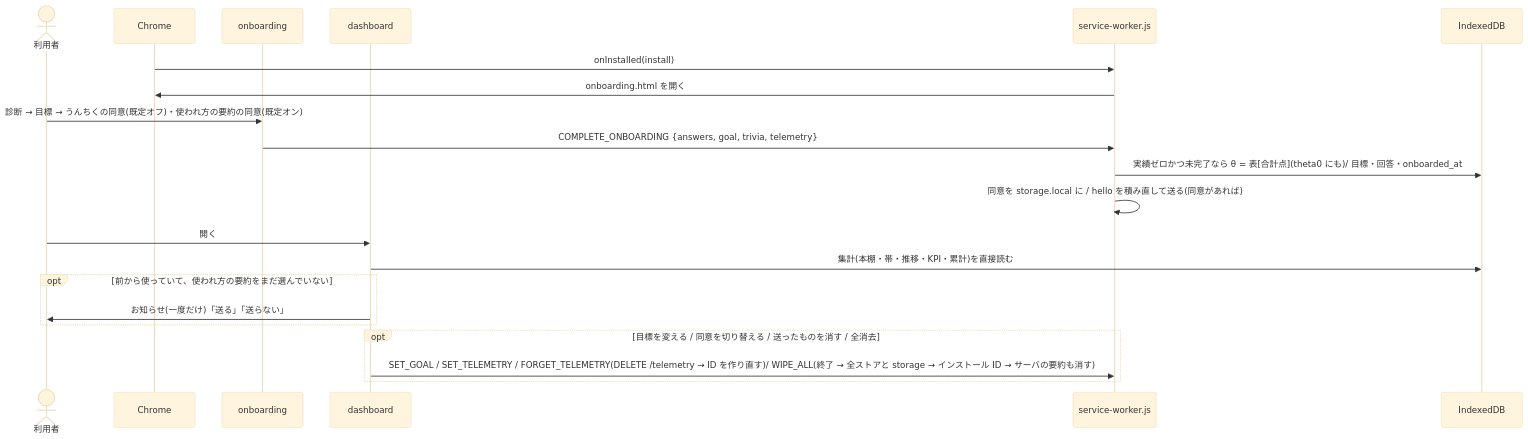
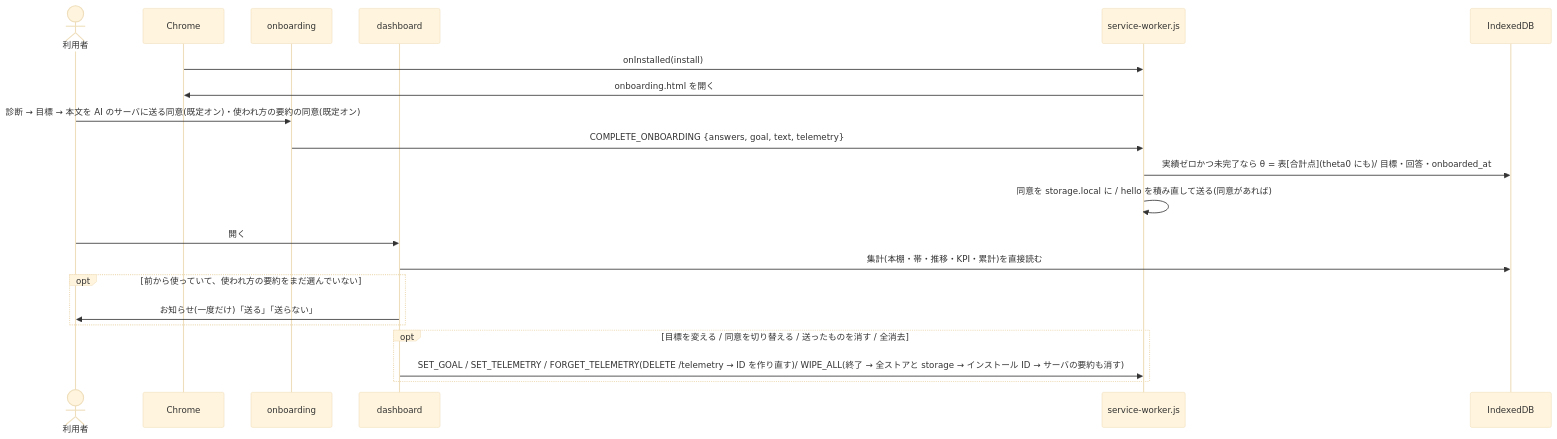
One commit to yukik8/yomirin changed the seventh of 7 diagrams in docs/design.md. Above: the diagram before and after it, drawn with Mermaid (base theme). The commit also changed other lines of this file and 23 other files, not shown here.

````diff
--- a/docs/design.md
+++ b/docs/design.md
@@ -791,25 +803,25 @@
 ```mermaid
 sequenceDiagram
   actor U as 利用者
   participant C as Chrome
   participant OB as onboarding
   participant D as dashboard
   participant SW as service-worker.js
   participant DB as IndexedDB
 
   C->>SW: onInstalled(install)
   SW->>C: onboarding.html を開く
-  U->>OB: 診断 → 目標 → うんちくの同意(既定オフ)・使われ方の要約の同意(既定オン)
-  OB->>SW: COMPLETE_ONBOARDING {answers, goal, trivia, telemetry}
+  U->>OB: 診断 → 目標 → 本文を AI のサーバに送る同意(既定オン)・使われ方の要約の同意(既定オン)
+  OB->>SW: COMPLETE_ONBOARDING {answers, goal, text, telemetry}
   SW->>DB: 実績ゼロかつ未完了なら θ = 表[合計点](theta0 にも)/ 目標・回答・onboarded_at
   SW->>SW: 同意を storage.local に / hello を積み直して送る(同意があれば)
 
   U->>D: 開く
   D->>DB: 集計(本棚・帯・推移・KPI・累計)を直接読む
   opt 前から使っていて、使われ方の要約をまだ選んでいない
     D->>U: お知らせ(一度だけ)「送る」「送らない」
   end
   opt 目標を変える / 同意を切り替える / 送ったものを消す / 全消去
     D->>SW: SET_GOAL / SET_TELEMETRY / FORGET_TELEMETRY(DELETE /telemetry → ID を作り直す)/ WIPE_ALL(終了 → 全ストアと storage → インストール ID → サーバの要約も消す)
   end
 ```
````
